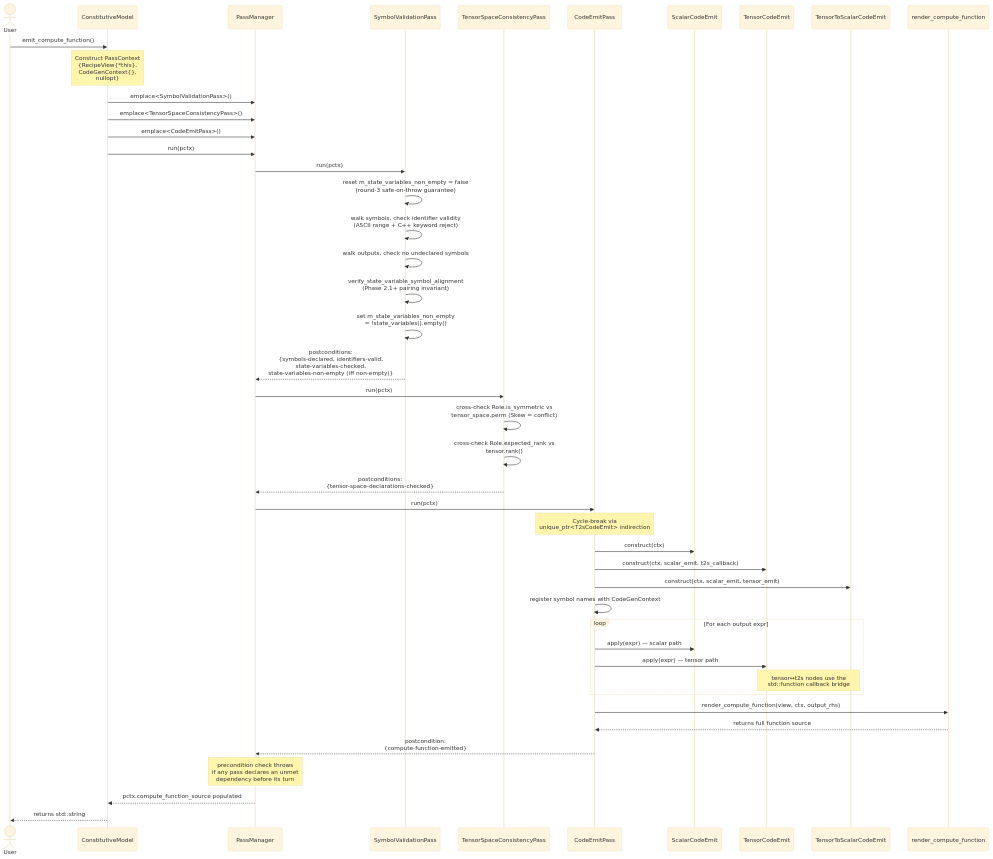
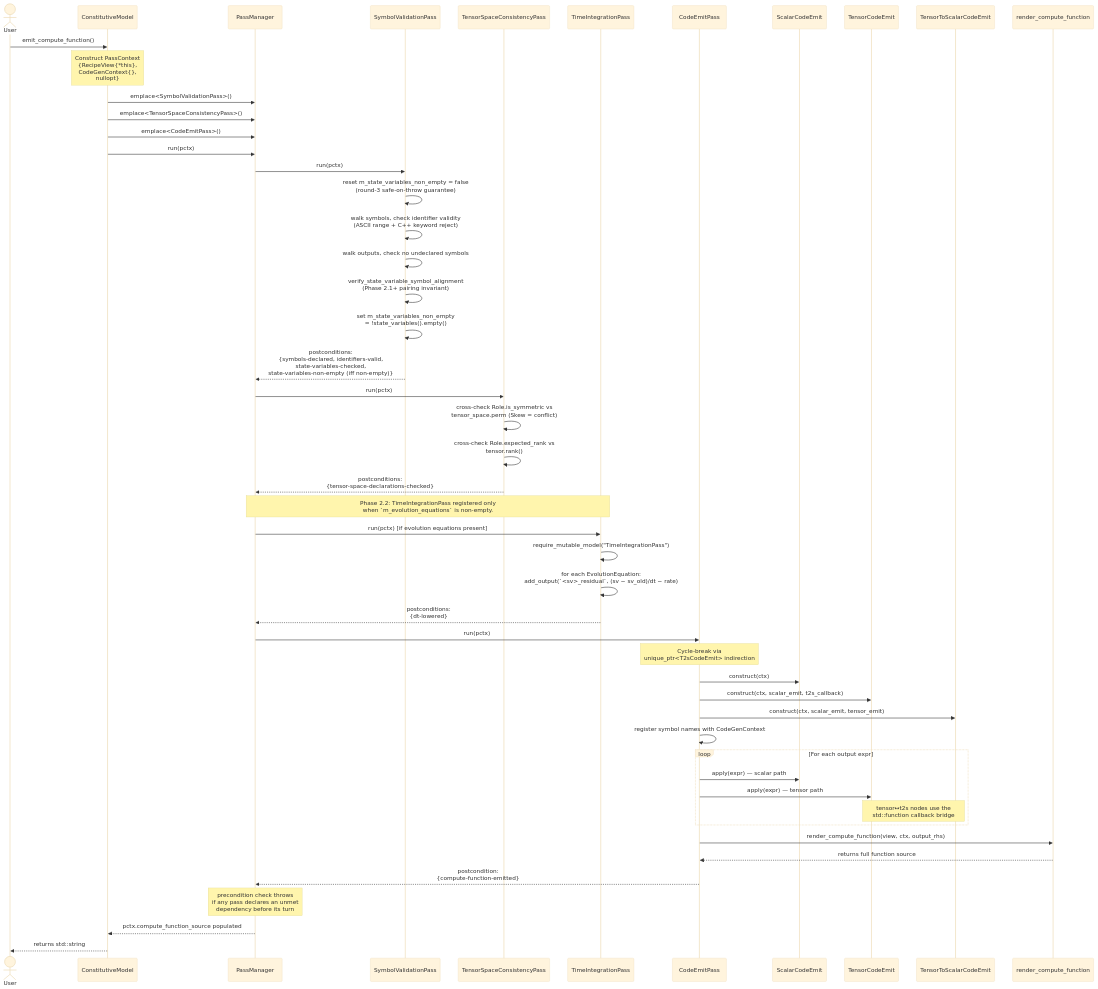
Before and after one commit to NumSim-Stack/numsim-codegen: the second of 3 diagrams in docs/workflow.md, drawn with Mermaid (base theme). The commit also changed other lines of this file and 6 other files, not shown here.

Commit message:
Phase 2.2: TimeIntegrationPass + EvolutionEquation IR (#68)

````diff
--- a/docs/workflow.md
+++ b/docs/workflow.md
@@ -46,52 +46,59 @@
 ```mermaid
 sequenceDiagram
     actor User
     participant Model as ConstitutiveModel
     participant PM as PassManager
     participant SVP as SymbolValidationPass
     participant TSP as TensorSpaceConsistencyPass
+    participant TIP as TimeIntegrationPass
     participant CEP as CodeEmitPass
     participant SE as ScalarCodeEmit
     participant TE as TensorCodeEmit
     participant T2S as TensorToScalarCodeEmit
     participant Render as render_compute_function
 
     User->>Model: emit_compute_function()
     Note over Model: Construct PassContext<br/>{RecipeView{*this},<br/> CodeGenContext{},<br/> nullopt}
     Model->>PM: emplace<SymbolValidationPass>()
     Model->>PM: emplace<TensorSpaceConsistencyPass>()
     Model->>PM: emplace<CodeEmitPass>()
     Model->>PM: run(pctx)
 
     PM->>SVP: run(pctx)
     SVP->>SVP: reset m_state_variables_non_empty = false<br/>(round-3 safe-on-throw guarantee)
     SVP->>SVP: walk symbols, check identifier validity<br/>(ASCII range + C++ keyword reject)
     SVP->>SVP: walk outputs, check no undeclared symbols
     SVP->>SVP: verify_state_variable_symbol_alignment<br/>(Phase 2.1+ pairing invariant)
     SVP->>SVP: set m_state_variables_non_empty<br/>= !state_variables().empty()
     SVP-->>PM: postconditions:<br/>{symbols-declared, identifiers-valid,<br/>state-variables-checked,<br/>state-variables-non-empty (iff non-empty)}
 
     PM->>TSP: run(pctx)
     TSP->>TSP: cross-check Role.is_symmetric vs<br/>tensor_space.perm (Skew = conflict)
     TSP->>TSP: cross-check Role.expected_rank vs<br/>tensor.rank()
     TSP-->>PM: postconditions:<br/>{tensor-space-declarations-checked}
 
+    Note over PM,TIP: Phase 2.2: TimeIntegrationPass registered only<br/>when `m_evolution_equations` is non-empty.
+    PM->>TIP: run(pctx) [if evolution equations present]
+    TIP->>TIP: require_mutable_model("TimeIntegrationPass")
+    TIP->>TIP: for each EvolutionEquation:<br/>add_output(`<sv>_residual`, (sv − sv_old)/dt − rate)
+    TIP-->>PM: postconditions:<br/>{dt-lowered}
+
     PM->>CEP: run(pctx)
     Note over CEP: Cycle-break via<br/>unique_ptr<T2sCodeEmit> indirection
     CEP->>SE: construct(ctx)
     CEP->>TE: construct(ctx, scalar_emit, t2s_callback)
     CEP->>T2S: construct(ctx, scalar_emit, tensor_emit)
     CEP->>CEP: register symbol names with CodeGenContext
     loop For each output expr
         CEP->>SE: apply(expr) — scalar path
         CEP->>TE: apply(expr) — tensor path
         Note over TE,T2S: tensor↔t2s nodes use the<br/>std::function callback bridge
     end
     CEP->>Render: render_compute_function(view, ctx, output_rhs)
     Render-->>CEP: returns full function source
     CEP-->>PM: postcondition:<br/>{compute-function-emitted}
     Note over PM: precondition check throws<br/>if any pass declares an unmet<br/>dependency before its turn
 
     PM-->>Model: pctx.compute_function_source populated
     Model-->>User: returns std::string
 ```
````
